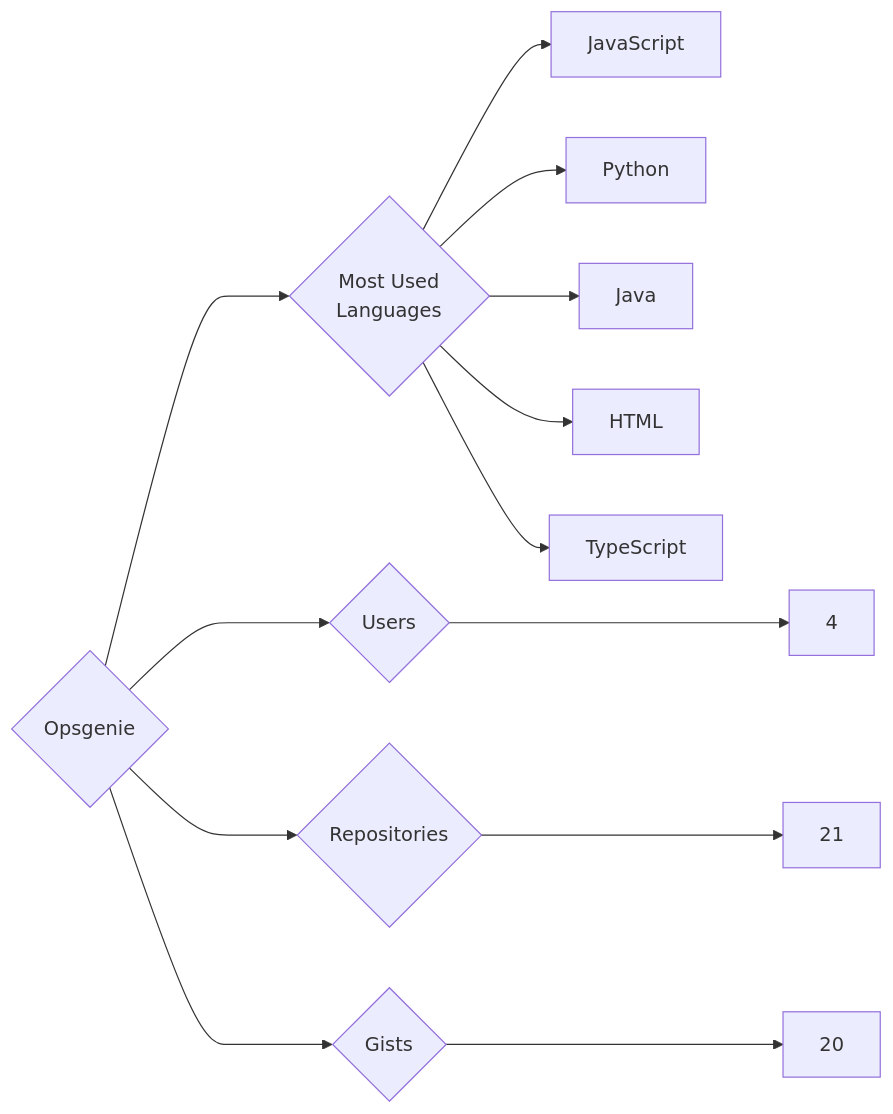
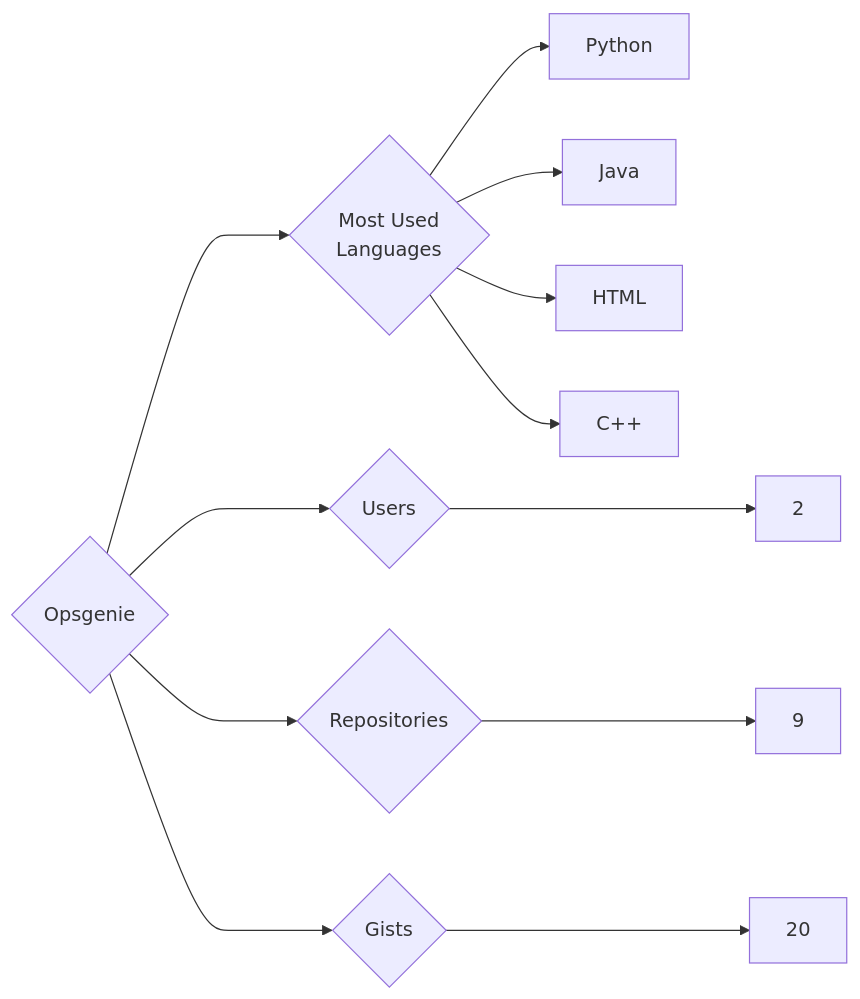
The diagram in targets/Opsgenie/README.md (trickest/insiders), drawn with Mermaid before and after one commit. The commit also changed 871 other files, not shown here.

````diff
--- a/targets/Opsgenie/README.md
+++ b/targets/Opsgenie/README.md
@@ -3,13 +3,12 @@
 ```mermaid
 graph LR
 COMPANY_NAME{Opsgenie}
-COMPANY_NAME ---> U{Users} ---> UN[4]
-COMPANY_NAME ---> R{Repositories} ---> RN[21]
+COMPANY_NAME ---> U{Users} ---> UN[2]
+COMPANY_NAME ---> R{Repositories} ---> RN[9]
 COMPANY_NAME ---> G{Gists} ---> GN[20]
 COMPANY_NAME ---> ML{Most Used<br>Languages}
-ML --> JavaScript[JavaScript]
 ML --> Python[Python]
 ML --> Java[Java]
 ML --> HTML[HTML]
-ML --> TypeScript[TypeScript]
+ML --> C++[C++]
 ```
````
